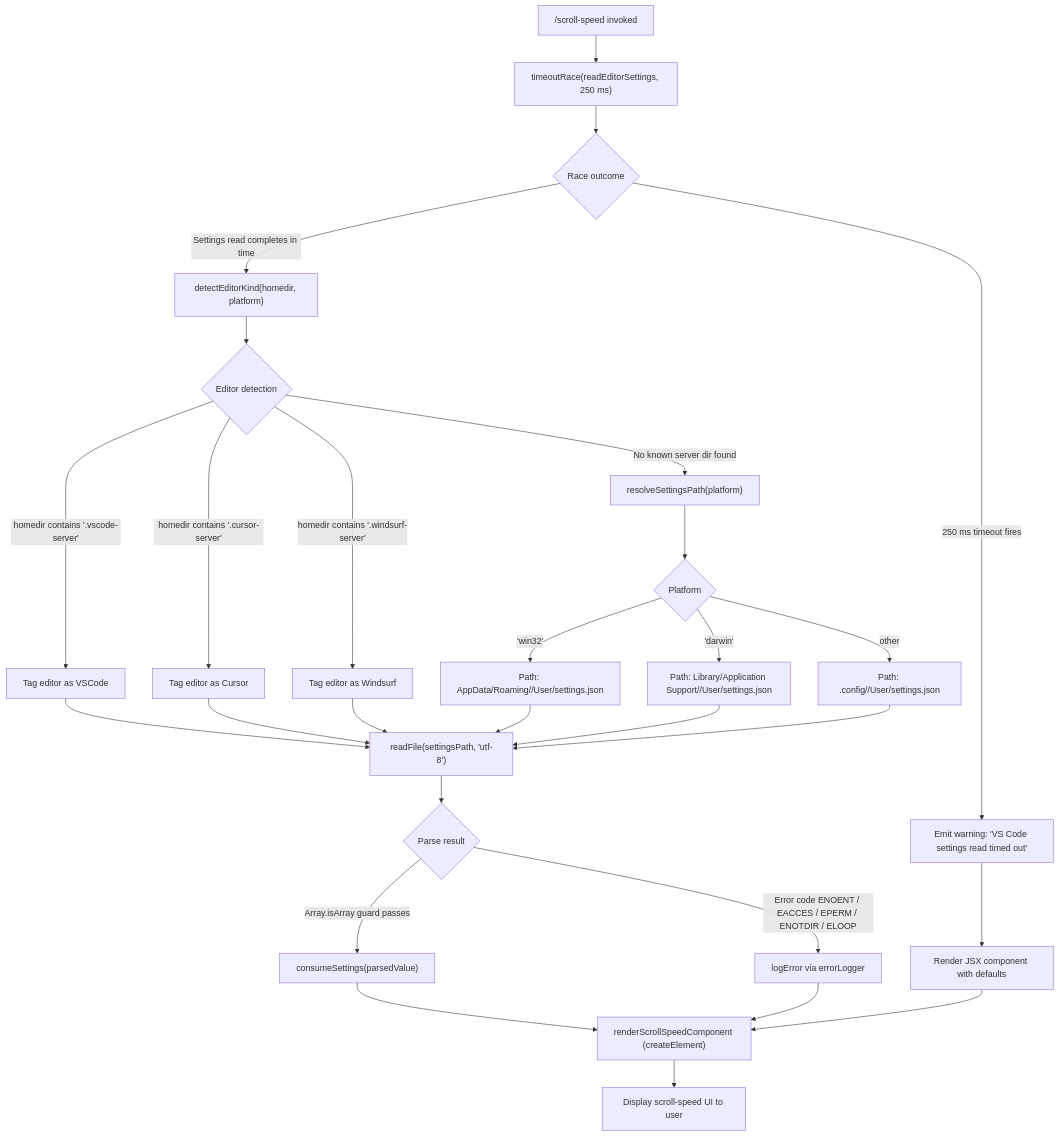
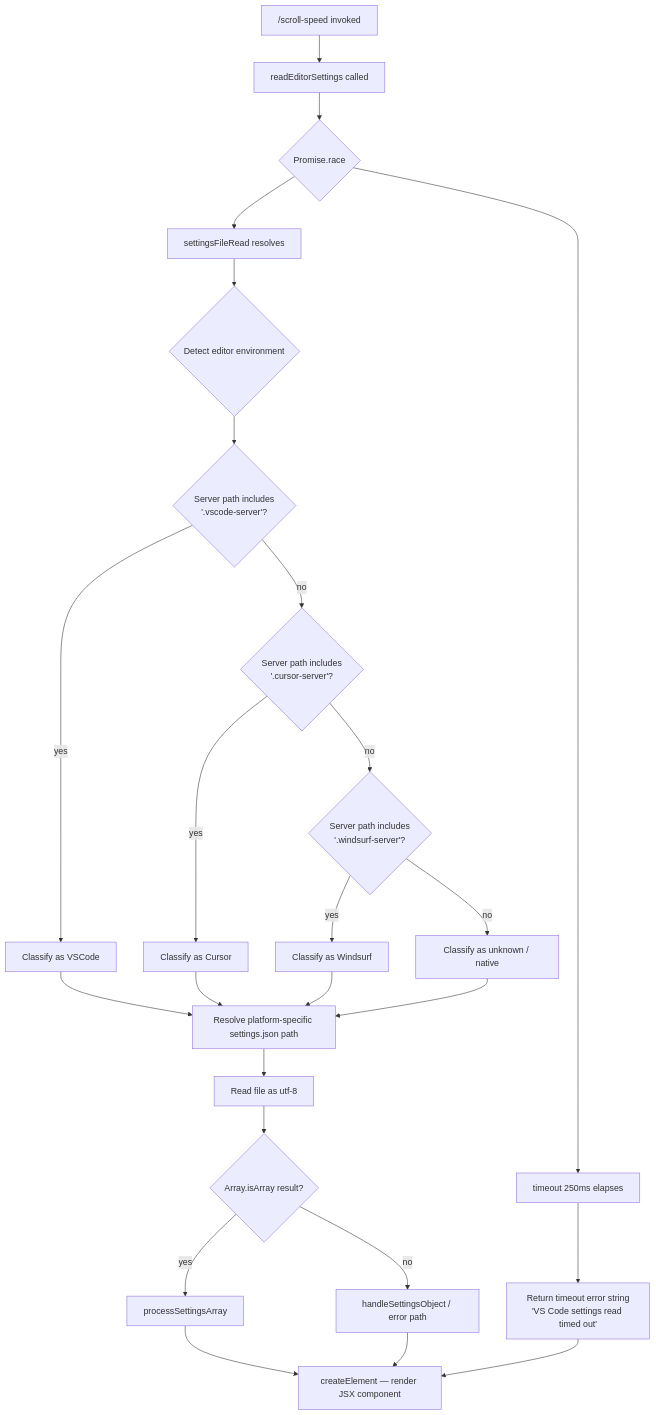
Before and after one commit to MyLittleLuckyDog/cc-gnothi: the diagram in versions/v2.1.143/scroll-speed.md, drawn with Mermaid. The commit also changed other lines of this file and 87 other files, not shown here.

````diff
--- a/versions/v2.1.143/scroll-speed.md
+++ b/versions/v2.1.143/scroll-speed.md
@@ -46,26 +45,23 @@
 ```mermaid
 flowchart TD
-    A["/scroll-speed invoked"] --> B["timeoutRace(readEditorSettings, 250 ms)"]
-    B --> C{Race outcome}
-    C -->|Settings read completes in time| D["detectEditorKind(homedir, platform)"]
-    C -->|250 ms timeout fires| E["Emit warning: 'VS Code settings read timed out'"]
-    E --> F["Render JSX component with defaults"]
-    D --> G{Editor detection}
-    G -->|homedir contains '.vscode-server'| H["Tag editor as VSCode"]
-    G -->|homedir contains '.cursor-server'| I["Tag editor as Cursor"]
-    G -->|homedir contains '.windsurf-server'| J["Tag editor as Windsurf"]
-    G -->|No known server dir found| K["resolveSettingsPath(platform)"]
-    K --> L{Platform}
-    L -->|'win32'| M["Path: AppData/Roaming/<editor>/User/settings.json"]
-    L -->|'darwin'| N["Path: Library/Application Support/<editor>/User/settings.json"]
-    L -->|other| O["Path: .config/<editor>/User/settings.json"]
-    H & I & J --> P["readFile(settingsPath, 'utf-8')"]
-    M & N & O --> P
-    P --> Q{Parse result}
-    Q -->|Array.isArray guard passes| R["consumeSettings(parsedValue)"]
-    Q -->|Error code ENOENT / EACCES / EPERM / ENOTDIR / ELOOP| S["logError via errorLogger"]
-    R --> T["renderScrollSpeedComponent (createElement)"]
-    S --> T
+    A["/scroll-speed invoked"] --> B[readEditorSettings called]
+    B --> C{Promise.race}
+    C --> D[settingsFileRead resolves]
+    C --> E[timeout 250ms elapses]
+    E --> F[Return timeout error string\n'VS Code settings read timed out']
+    D --> G{Detect editor environment}
+    G --> H{Server path includes\n'.vscode-server'?}
+    H -->|yes| I[Classify as VSCode]
+    H -->|no| J{Server path includes\n'.cursor-server'?}
+    J -->|yes| K[Classify as Cursor]
+    J -->|no| L{Server path includes\n'.windsurf-server'?}
+    L -->|yes| M[Classify as Windsurf]
+    L -->|no| N[Classify as unknown / native]
+    I & K & M & N --> O[Resolve platform-specific settings.json path]
+    O --> P[Read file as utf-8]
+    P --> Q{Array.isArray result?}
+    Q -->|yes| R[processSettingsArray]
+    Q -->|no| S[handleSettingsObject / error path]
+    R & S --> T[createElement — render JSX component]
     F --> T
-    T --> U["Display scroll-speed UI to user"]
 ```
````
